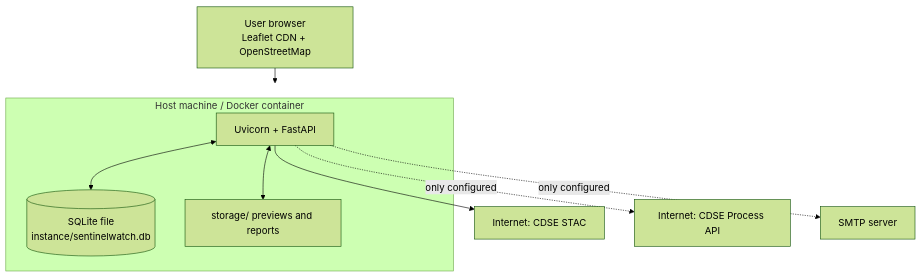
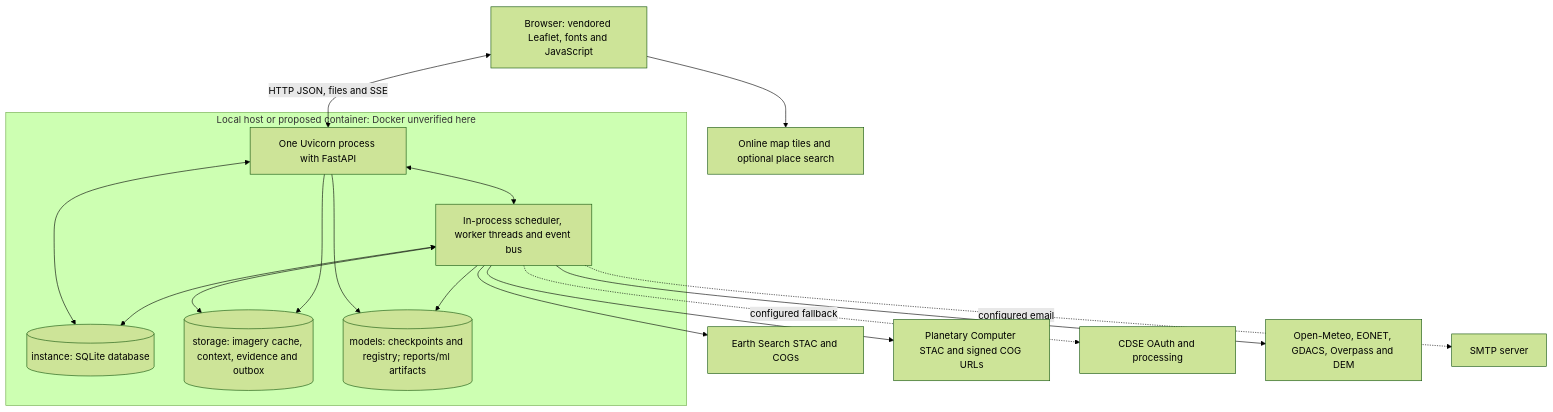
One commit to srinidhimanjunath111-ni/SentinelWatch_Project changed the diagram in docs/diagrams/deployment.mmd. Above: the diagram before and after it, drawn with Mermaid (forest theme). The commit also changed 9 other files, not shown here.

Commit message:
docs: align ten system diagrams with v3 implementation

```diff
--- a/docs/diagrams/deployment.mmd
+++ b/docs/diagrams/deployment.mmd
@@ -1,12 +1,22 @@
 flowchart TB
-  B[User browser\nLeaflet CDN + OpenStreetMap] --> H[Host machine / container]
-  subgraph H[Host machine / Docker container]
-    A[Uvicorn + FastAPI]
-    S[(SQLite file\ninstance/sentinelwatch.db)]
-    F[storage/ previews and reports]
-    A <--> S
-    A <--> F
+  B[Browser: vendored Leaflet, fonts and JavaScript] <-->|HTTP JSON, files and SSE| APP
+  B --> BASE[Online map tiles and optional place search]
+  subgraph HOST[Local host or proposed container: Docker unverified here]
+    APP[One Uvicorn process with FastAPI]
+    WORK[In-process scheduler, worker threads and event bus]
+    DB[(instance: SQLite database)]
+    FILE[(storage: imagery cache, context, evidence and outbox)]
+    MOD[(models: checkpoints and registry; reports/ml artifacts)]
+    APP <--> WORK
+    APP <--> DB
+    WORK <--> DB
+    WORK <--> FILE
+    APP --> FILE
+    APP --> MOD
+    WORK --> MOD
   end
-  A --> C[Internet: CDSE STAC]
-  A -. only configured .-> P[Internet: CDSE Process API]
-  A -. only configured .-> M[SMTP server]
+  WORK --> ES[Earth Search STAC and COGs]
+  WORK --> PC[Planetary Computer STAC and signed COG URLs]
+  WORK -. configured fallback .-> CDSE[CDSE OAuth and processing]
+  WORK --> CTX[Open-Meteo, EONET, GDACS, Overpass and DEM]
+  WORK -. configured email .-> SMTP[SMTP server]
```
